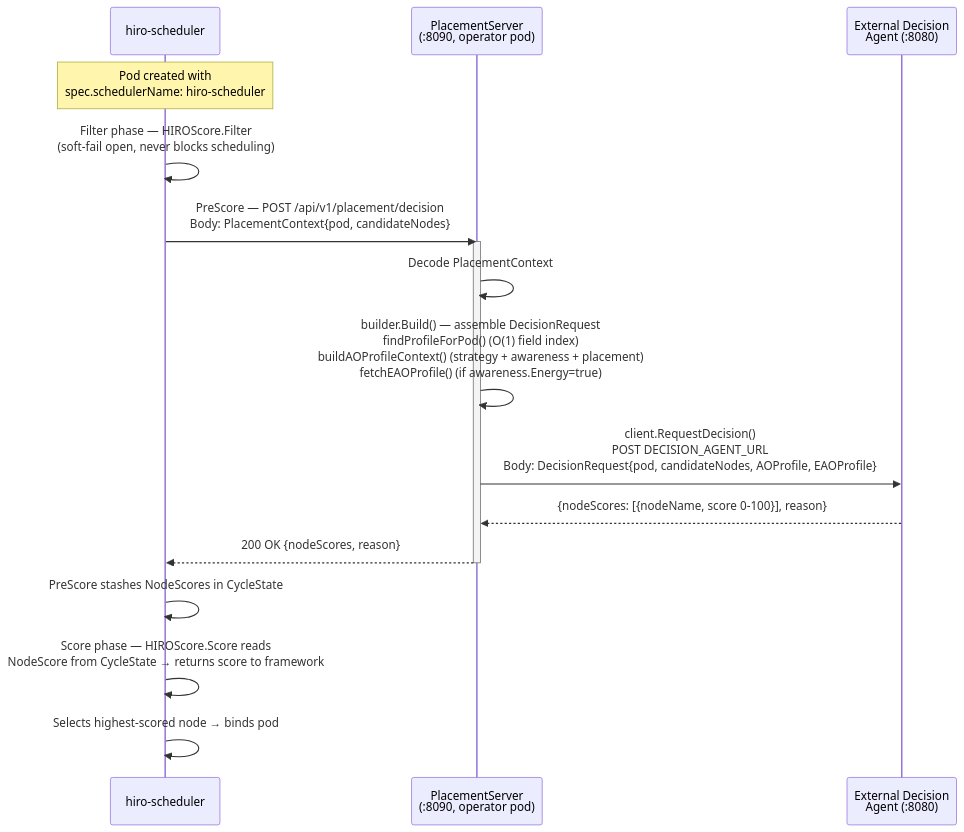
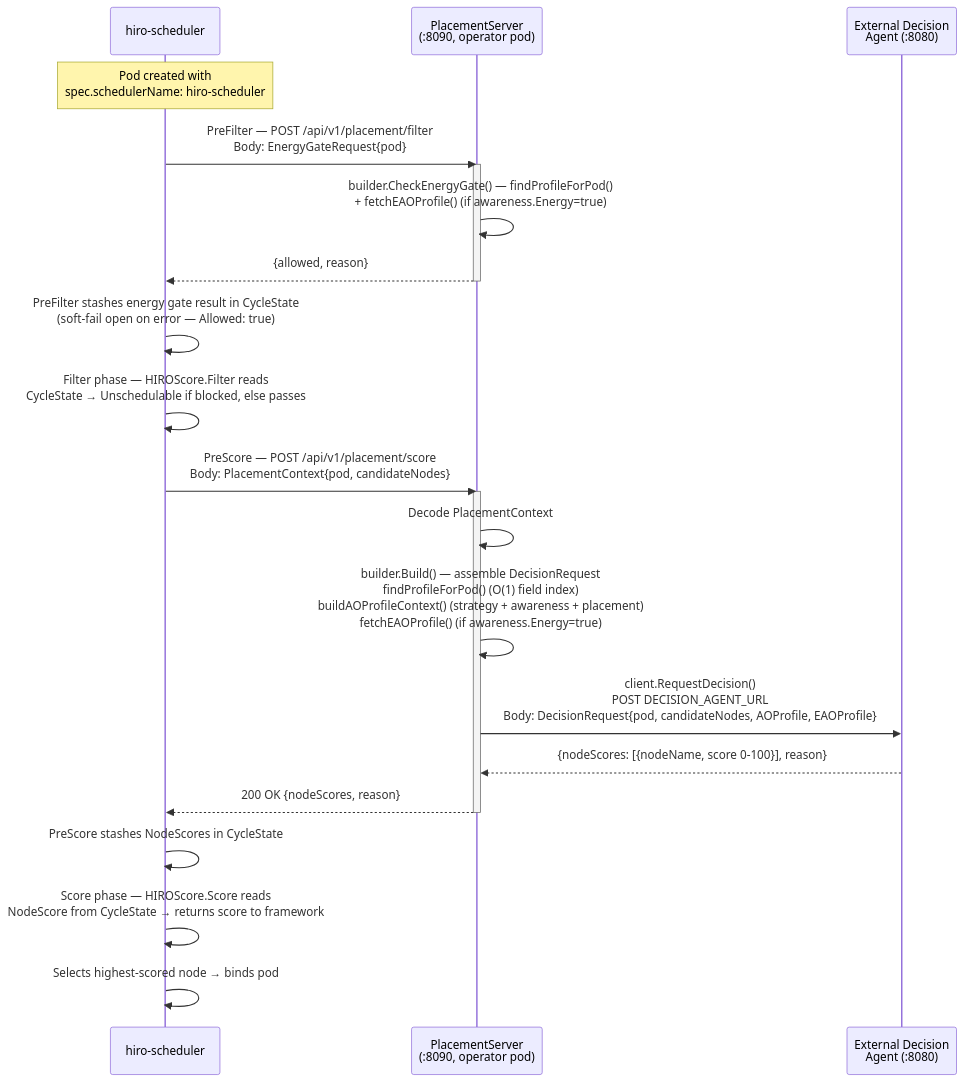
The fourth of 5 diagrams in docs/architecture.md (HIRO-MicroDataCenters-BV/hiro-adaptive-orchestrator), drawn with Mermaid before and after one commit. The commit also changed other lines of this file and 3 other files, not shown here.

````diff
--- a/docs/architecture.md
+++ b/docs/architecture.md
@@ -175,20 +178,26 @@
 ```mermaid
 sequenceDiagram
     participant Sched as hiro-scheduler
     participant PS as PlacementServer<br/>(:8090, operator pod)
     participant Agent as External Decision<br/>Agent (:8080)
 
     Note over Sched: Pod created with<br/>spec.schedulerName: hiro-scheduler
-    Sched->>Sched: Filter phase — HIROScore.Filter<br/>(soft-fail open, never blocks scheduling)
-    Sched->>PS: PreScore — POST /api/v1/placement/decision<br/>Body: PlacementContext{pod, candidateNodes}
+    Sched->>PS: PreFilter — POST /api/v1/placement/filter<br/>Body: EnergyGateRequest{pod}
+    activate PS
+    PS->>PS: builder.CheckEnergyGate() — findProfileForPod()<br/>+ fetchEAOProfile() (if awareness.Energy=true)
+    PS-->>Sched: {allowed, reason}
+    deactivate PS
+    Sched->>Sched: PreFilter stashes energy gate result in CycleState<br/>(soft-fail open on error — Allowed: true)
+    Sched->>Sched: Filter phase — HIROScore.Filter reads<br/>CycleState → Unschedulable if blocked, else passes
+    Sched->>PS: PreScore — POST /api/v1/placement/score<br/>Body: PlacementContext{pod, candidateNodes}
     activate PS
     PS->>PS: Decode PlacementContext
     PS->>PS: builder.Build() — assemble DecisionRequest<br/>findProfileForPod() (O(1) field index)<br/>buildAOProfileContext() (strategy + awareness + placement)<br/>fetchEAOProfile() (if awareness.Energy=true)
     PS->>Agent: client.RequestDecision()<br/>POST DECISION_AGENT_URL<br/>Body: DecisionRequest{pod, candidateNodes, AOProfile, EAOProfile}
     Agent-->>PS: {nodeScores: [{nodeName, score 0-100}], reason}
     PS-->>Sched: 200 OK {nodeScores, reason}
     deactivate PS
     Sched->>Sched: PreScore stashes NodeScores in CycleState
     Sched->>Sched: Score phase — HIROScore.Score reads<br/>NodeScore from CycleState → returns score to framework
     Sched->>Sched: Selects highest-scored node → binds pod
 ```
````
